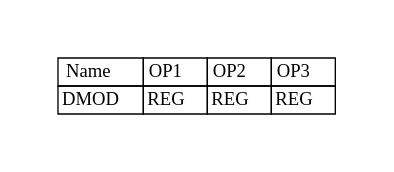
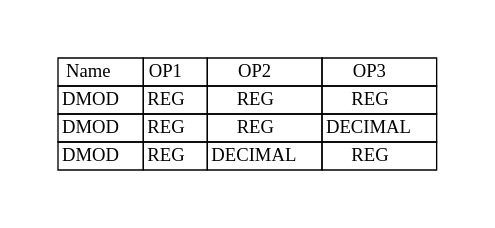
Before and after one commit to adesutherland/CREXX: the diagram in docs/books/crexx_vm_spec/svg/dmod.gv, drawn with Graphviz. The commit also changed 60 other files, not shown here.

```diff
--- a/docs/books/crexx_vm_spec/svg/dmod.gv
+++ b/docs/books/crexx_vm_spec/svg/dmod.gv
@@ -1,9 +1,11 @@
 digraph{
 graph [pad="0.5", nodesep="0.5", ranksep="2" ]
 node [shape=plain]
 Foo [label=<
 <table border="0" cellborder="1" cellspacing="0">
 <tr><td> Name </td> <td> OP1 </td><td> OP2 </td><td> OP3 </td> </tr>
 <tr><td> DMOD </td><td> REG </td><td> REG </td><td> REG </td> </tr>
+<tr><td> DMOD </td><td> REG </td><td> REG </td><td> DECIMAL </td> </tr>
+<tr><td> DMOD </td><td> REG </td><td> DECIMAL </td><td> REG </td> </tr>
 </table>>];
 }
```
